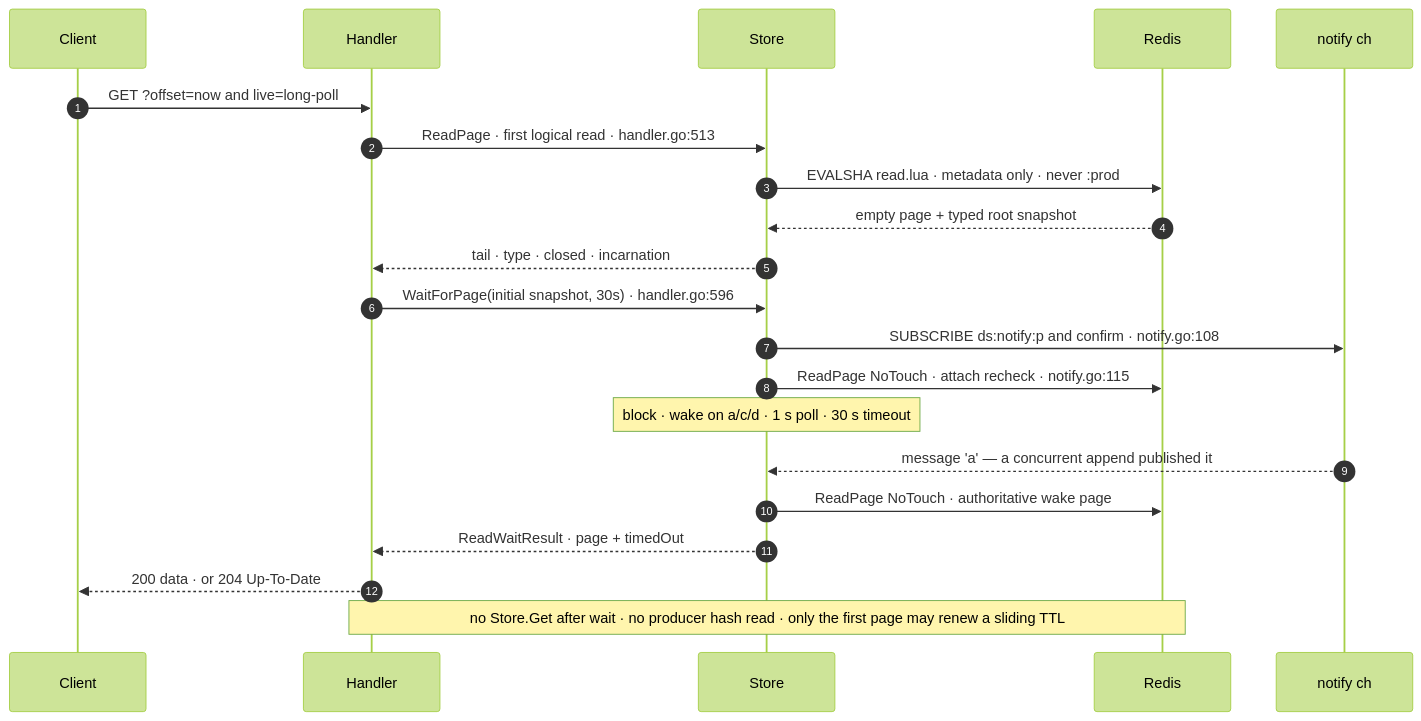
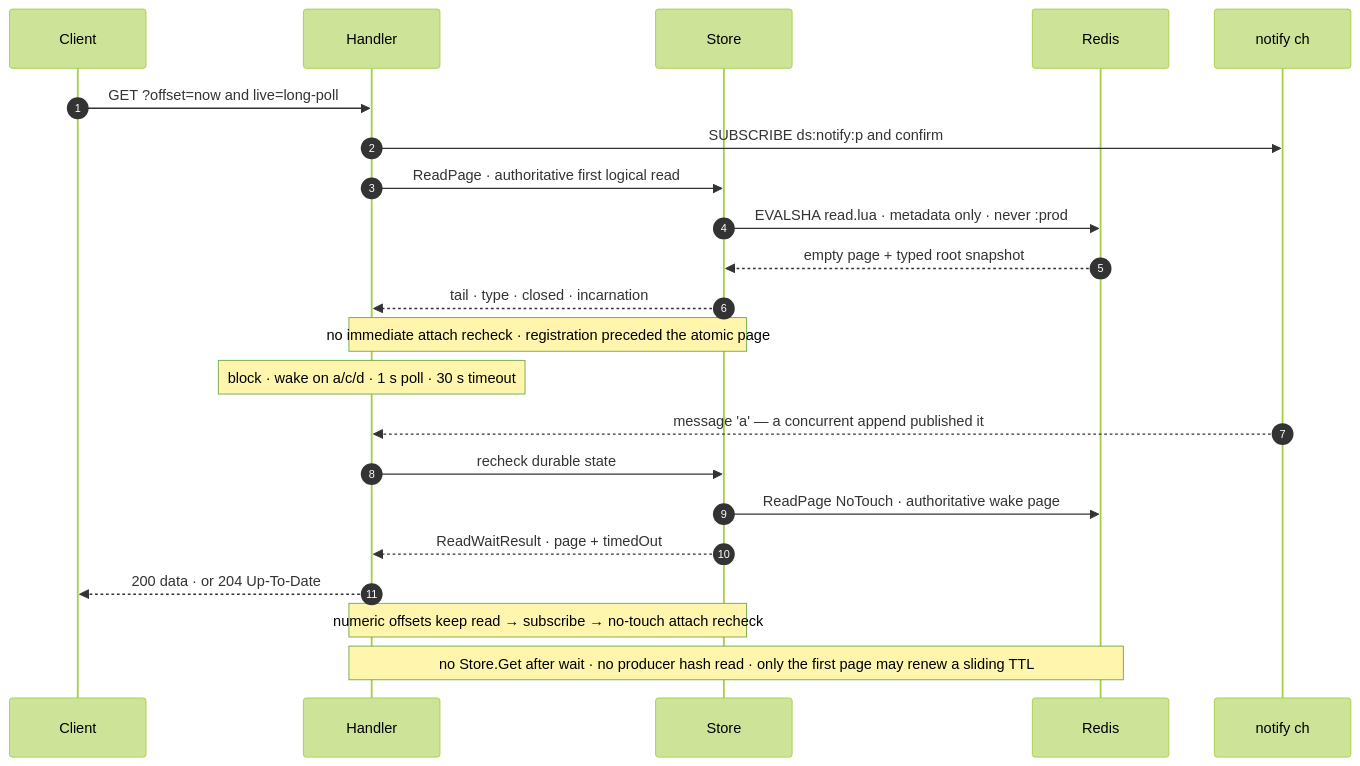
Before and after one commit to adityavkk/chronicle: the diagram in docs-site/diagrams/seq-longpoll.mmd, drawn with Mermaid (forest theme). The commit also changed 42 other files, not shown here.

```diff
--- a/docs-site/diagrams/seq-longpoll.mmd
+++ b/docs-site/diagrams/seq-longpoll.mmd
@@ -1,21 +1,22 @@
 sequenceDiagram
     autonumber
     participant C as Client
     participant H as Handler
     participant S as Store
     participant R as Redis
     participant N as notify ch
     C->>H: GET ?offset=now and live=long-poll
-    H->>S: ReadPage · first logical read · handler.go:513
+    H->>N: SUBSCRIBE ds:notify:p and confirm
+    H->>S: ReadPage · authoritative first logical read
     S->>R: EVALSHA read.lua · metadata only · never :prod
     R-->>S: empty page + typed root snapshot
     S-->>H: tail · type · closed · incarnation
-    H->>S: WaitForPage(initial snapshot, 30s) · handler.go:596
-    S->>N: SUBSCRIBE ds:notify:p and confirm · notify.go:108
-    S->>R: ReadPage NoTouch · attach recheck · notify.go:115
-    Note over S: block · wake on a/c/d · 1 s poll · 30 s timeout
-    N-->>S: message 'a' — a concurrent append published it
+    Note over H,S: no immediate attach recheck · registration preceded the atomic page
+    Note over H: block · wake on a/c/d · 1 s poll · 30 s timeout
+    N-->>H: message 'a' — a concurrent append published it
+    H->>S: recheck durable state
     S->>R: ReadPage NoTouch · authoritative wake page
     S-->>H: ReadWaitResult · page + timedOut
     H-->>C: 200 data · or 204 Up-To-Date
+    Note over H,S: numeric offsets keep read → subscribe → no-touch attach recheck
     Note over H,R: no Store.Get after wait · no producer hash read · only the first page may renew a sliding TTL
```
